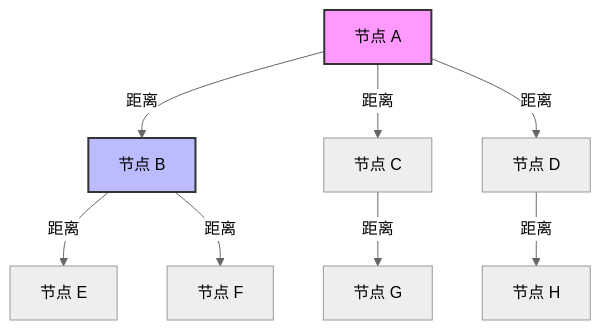
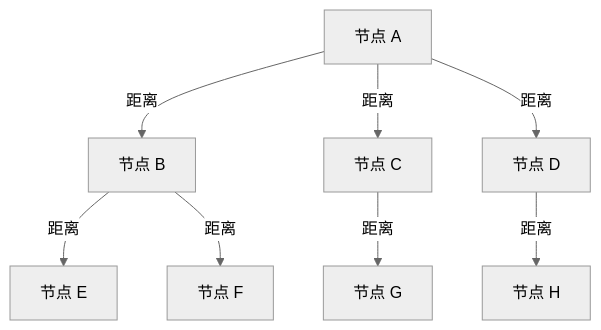
The first of 3 diagrams in docs/zh/algorithms/diskann.md (nexepic/zyx), drawn with Mermaid (neutral theme) before and after one commit. The commit also changed other lines of this file and 13 other files, not shown here.

First line of the commit message:
fix: remove ASCII art and colorful diagrams from algorithm docs

````diff
--- a/docs/zh/algorithms/diskann.md
+++ b/docs/zh/algorithms/diskann.md
@@ -37,13 +37,10 @@
 ```mermaid
 graph TD
     A[节点 A] -->|距离| B[节点 B]
     A -->|距离| C[节点 C]
     A -->|距离| D[节点 D]
     B -->|距离| E[节点 E]
     B -->|距离| F[节点 F]
     C -->|距离| G[节点 G]
     D -->|距离| H[节点 H]
-
-    style A fill:#f9f,stroke:#333,stroke-width:2px
-    style B fill:#bbf,stroke:#333,stroke-width:2px
 ```
````
